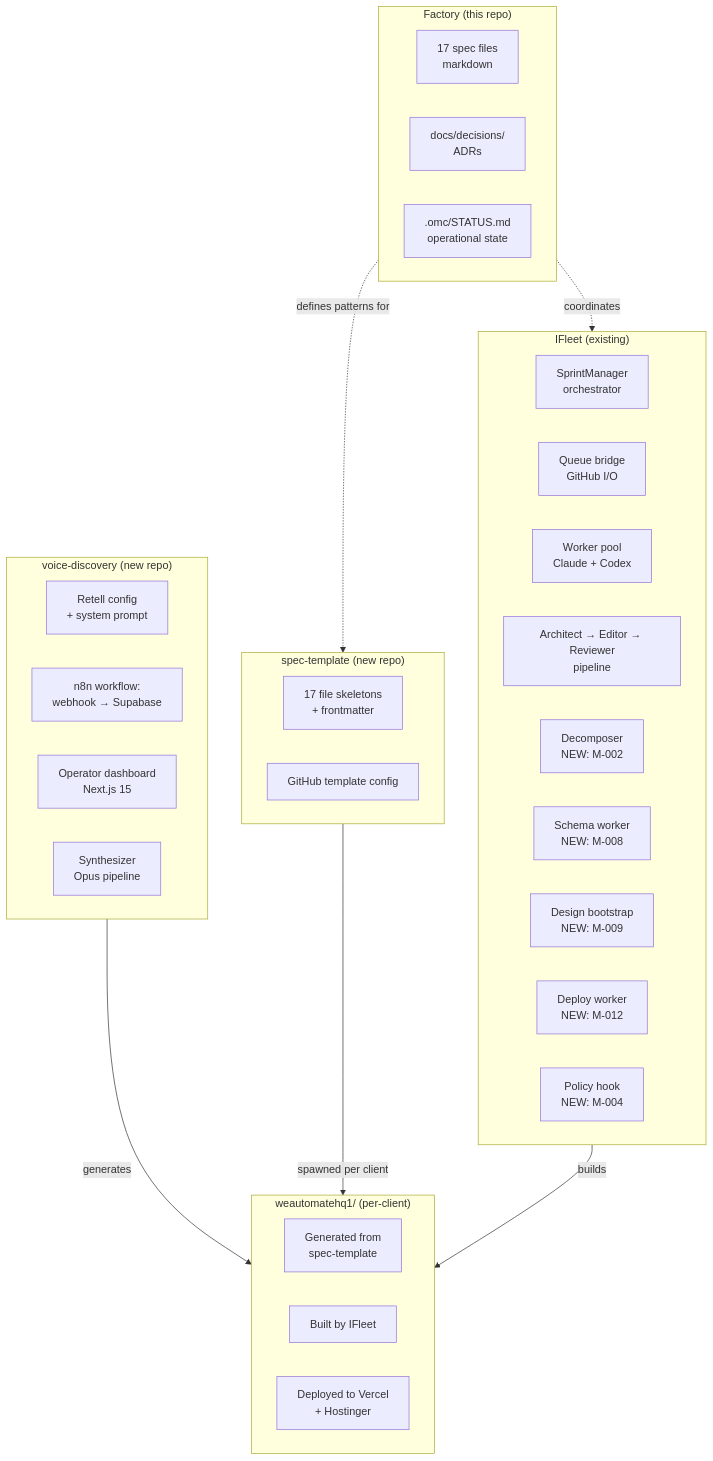
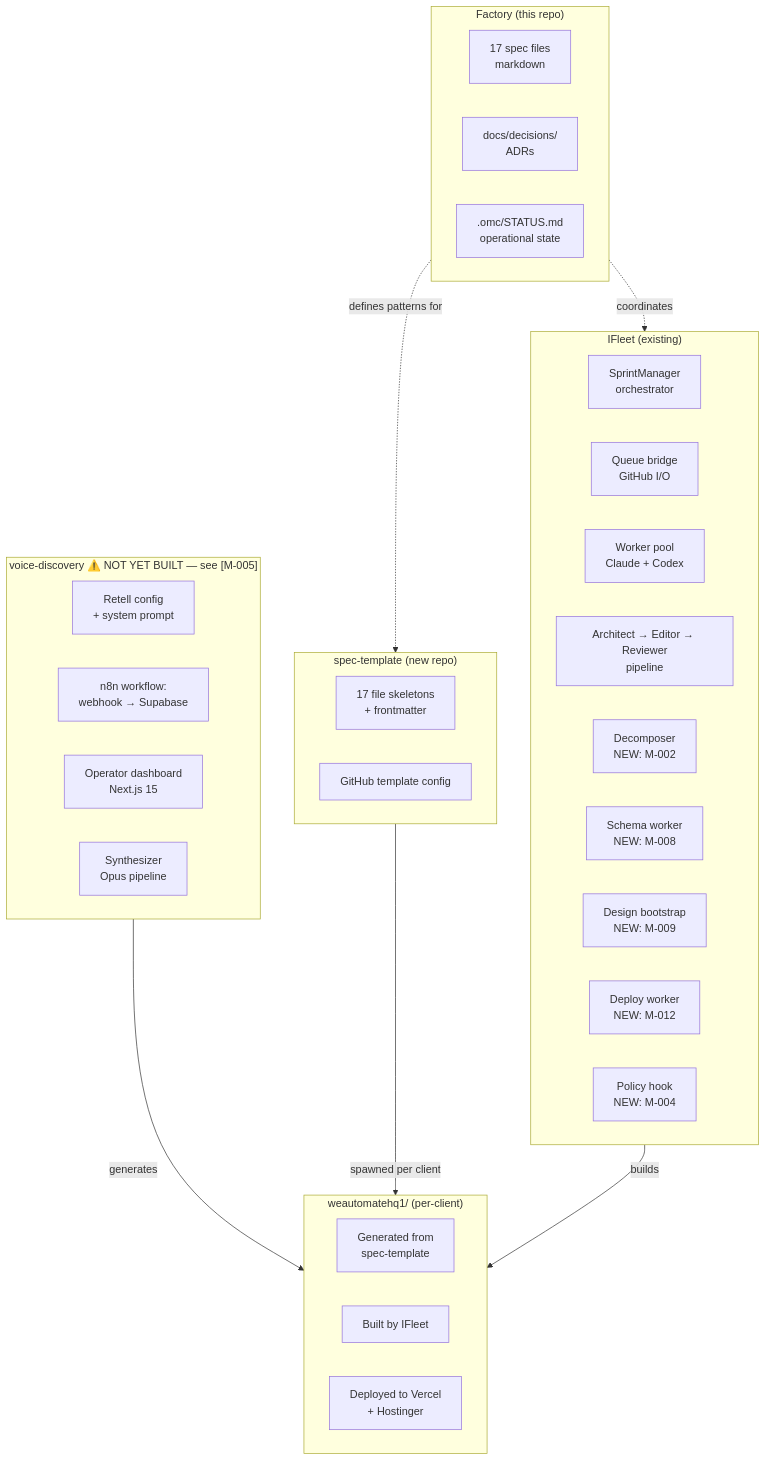
One commit to weautomatehq1/factory changed the second of 2 diagrams in ARCHITECTURE.md. Above: the diagram before and after it, drawn with Mermaid. The commit also changed other lines of this file and 10 other files, not shown here.

````diff
--- a/ARCHITECTURE.md
+++ b/ARCHITECTURE.md
@@ -61,44 +61,44 @@
 ```mermaid
 flowchart TB
     subgraph factory[" Factory (this repo) "]
         F1[17 spec files<br/>markdown]
         F2[docs/decisions/<br/>ADRs]
         F3[.omc/STATUS.md<br/>operational state]
     end
 
-    subgraph voice[" voice-discovery (new repo) "]
+    subgraph voice[" voice-discovery ⚠️ NOT YET BUILT — see [M-005] "]
         V1[Retell config<br/>+ system prompt]
         V2[n8n workflow:<br/>webhook → Supabase]
         V3[Operator dashboard<br/>Next.js 15]
         V4[Synthesizer<br/>Opus pipeline]
     end
 
     subgraph template[" spec-template (new repo) "]
         T1[17 file skeletons<br/>+ frontmatter]
         T2[GitHub template config]
     end
 
     subgraph ifleet[" IFleet (existing) "]
         I1[SprintManager<br/>orchestrator]
         I2[Queue bridge<br/>GitHub I/O]
         I3[Worker pool<br/>Claude + Codex]
         I4[Architect → Editor → Reviewer<br/>pipeline]
         I5[Decomposer<br/>NEW: M-002]
         I6[Schema worker<br/>NEW: M-008]
         I7[Design bootstrap<br/>NEW: M-009]
         I8[Deploy worker<br/>NEW: M-012]
         I9[Policy hook<br/>NEW: M-004]
     end
 
     subgraph client[" weautomatehq1/<client-name> (per-client) "]
         C1[Generated from<br/>spec-template]
         C2[Built by IFleet]
         C3[Deployed to Vercel<br/>+ Hostinger]
     end
 
     factory -.->|defines patterns for| template
     voice -->|generates| client
     template -->|spawned per client| client
     ifleet -->|builds| client
     factory -.->|coordinates| ifleet
 ```
````
